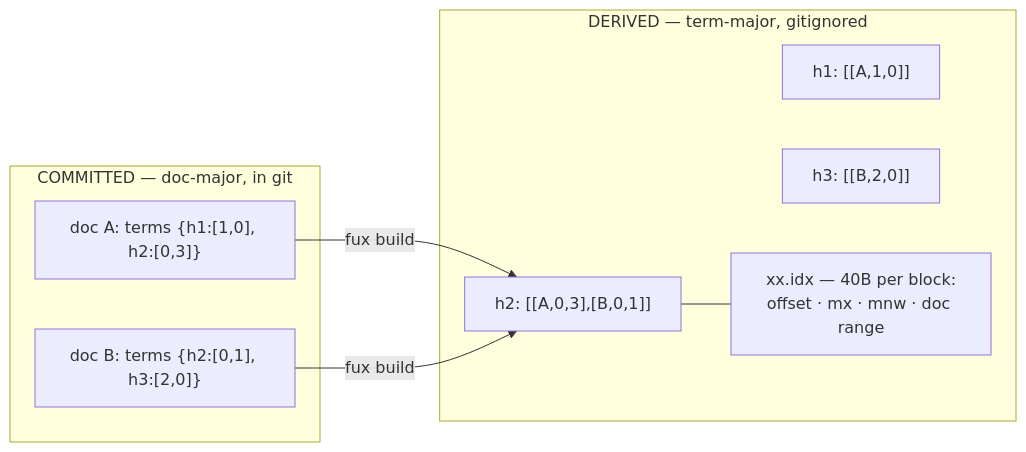
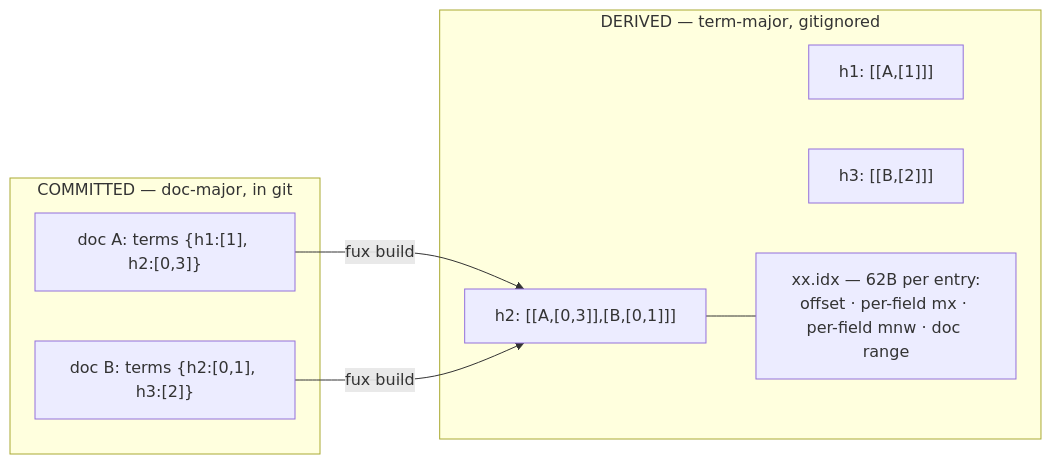
Before and after one commit to arpitarya/fux: the diagram in docs/adr/0013_postings.md, drawn with Mermaid. The commit also changed other lines of this file and 60 other files, not shown here.

````diff
--- a/docs/adr/0013_postings.md
+++ b/docs/adr/0013_postings.md
@@ -50,16 +63,16 @@
 ```mermaid
 flowchart LR
     subgraph committed ["COMMITTED — doc-major, in git"]
-        D1["doc A: terms {h1:[1,0], h2:[0,3]}"]
-        D2["doc B: terms {h2:[0,1], h3:[2,0]}"]
+        D1["doc A: terms {h1:[1], h2:[0,3]}"]
+        D2["doc B: terms {h2:[0,1], h3:[2]}"]
     end
     subgraph derived ["DERIVED — term-major, gitignored"]
-        T1["h1: [[A,1,0]]"]
-        T2["h2: [[A,0,3],[B,0,1]]"]
-        T3["h3: [[B,2,0]]"]
-        IX["xx.idx — 40B per block:<br/>offset · mx · mnw · doc range"]
+        T1["h1: [[A,[1]]]"]
+        T2["h2: [[A,[0,3]],[B,[0,1]]]"]
+        T3["h3: [[B,[2]]]"]
+        IX["xx.idx — 62B per entry:<br/>offset · per-field mx · per-field mnw · doc range"]
     end
     D1 -->|"fux build"| T2
     D2 -->|"fux build"| T2
     T2 --- IX
 ```
````
